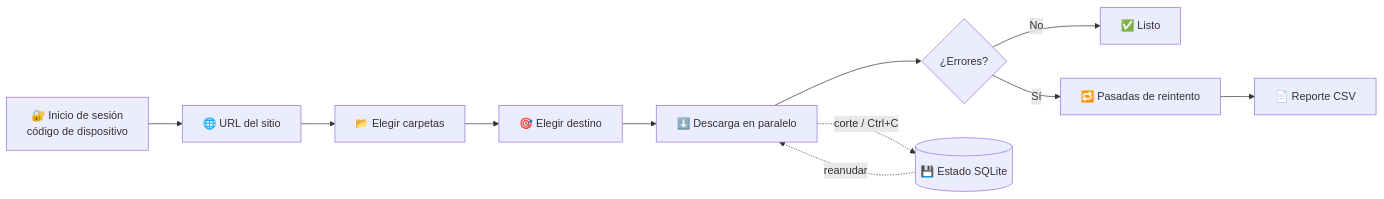
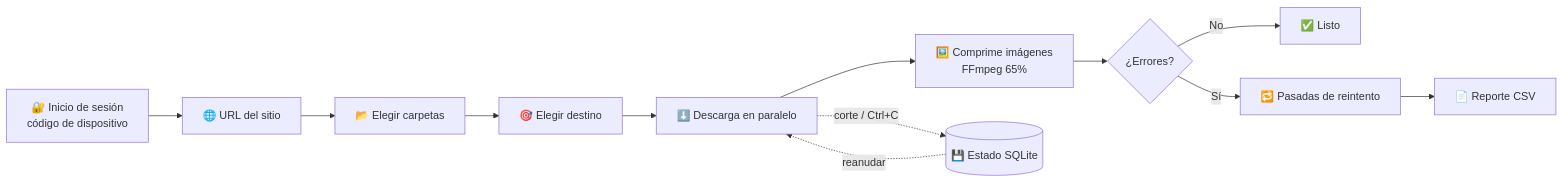
Before and after one commit to neuzh22/gestor-sharepoint: the diagram in README.md, drawn with Mermaid. The commit also changed other lines of this file and 4 other files, not shown here.

First line of the commit message:
Compresión de imágenes con FFmpeg (calidad 65%)

````diff
--- a/README.md
+++ b/README.md
@@ -69,13 +70,14 @@
 ```mermaid
 flowchart LR
     A[🔐 Inicio de sesión<br/>código de dispositivo] --> B[🌐 URL del sitio]
     B --> C[📂 Elegir carpetas]
     C --> D[🎯 Elegir destino]
     D --> E[⬇️ Descarga en paralelo]
-    E --> F{¿Errores?}
+    E --> K[🖼️ Comprime imágenes<br/>FFmpeg 65%]
+    K --> F{¿Errores?}
     F -- No --> G[✅ Listo]
     F -- Sí --> H[🔁 Pasadas de reintento]
     H --> I[📄 Reporte CSV]
     E -. corte / Ctrl+C .-> J[(💾 Estado SQLite)]
     J -. reanudar .-> E
 ```
````
